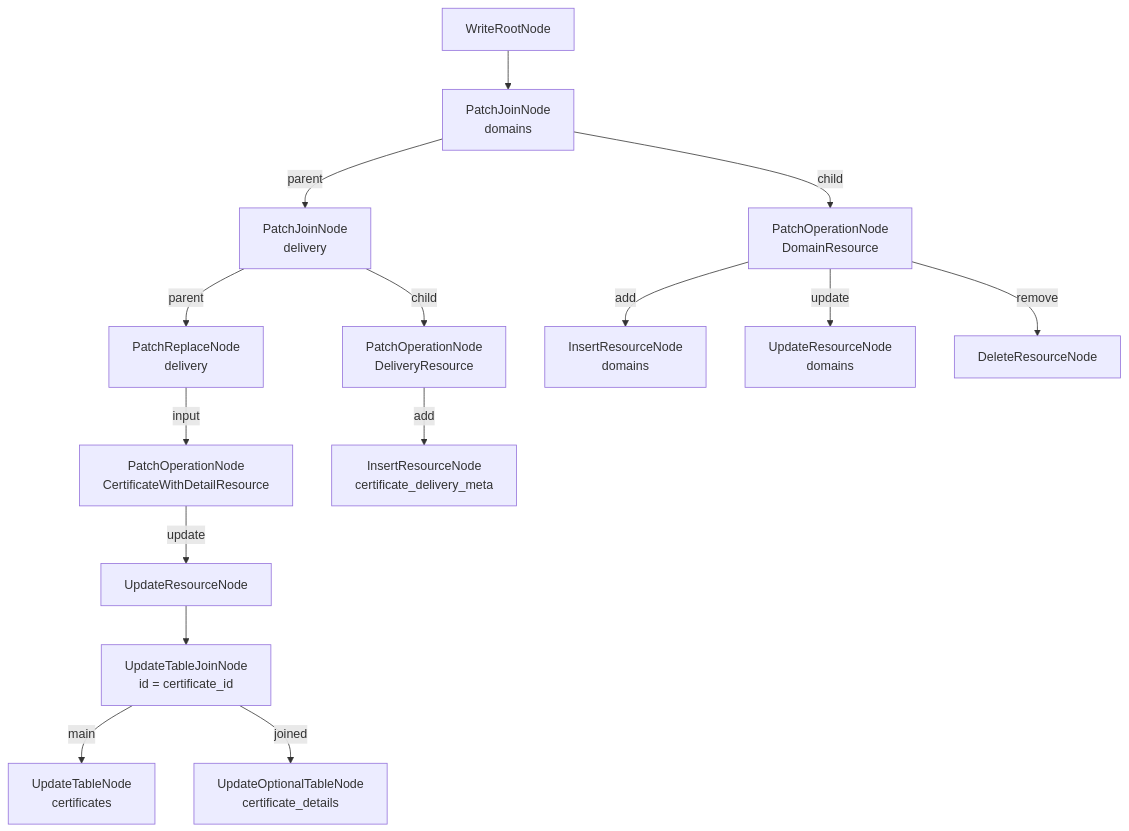
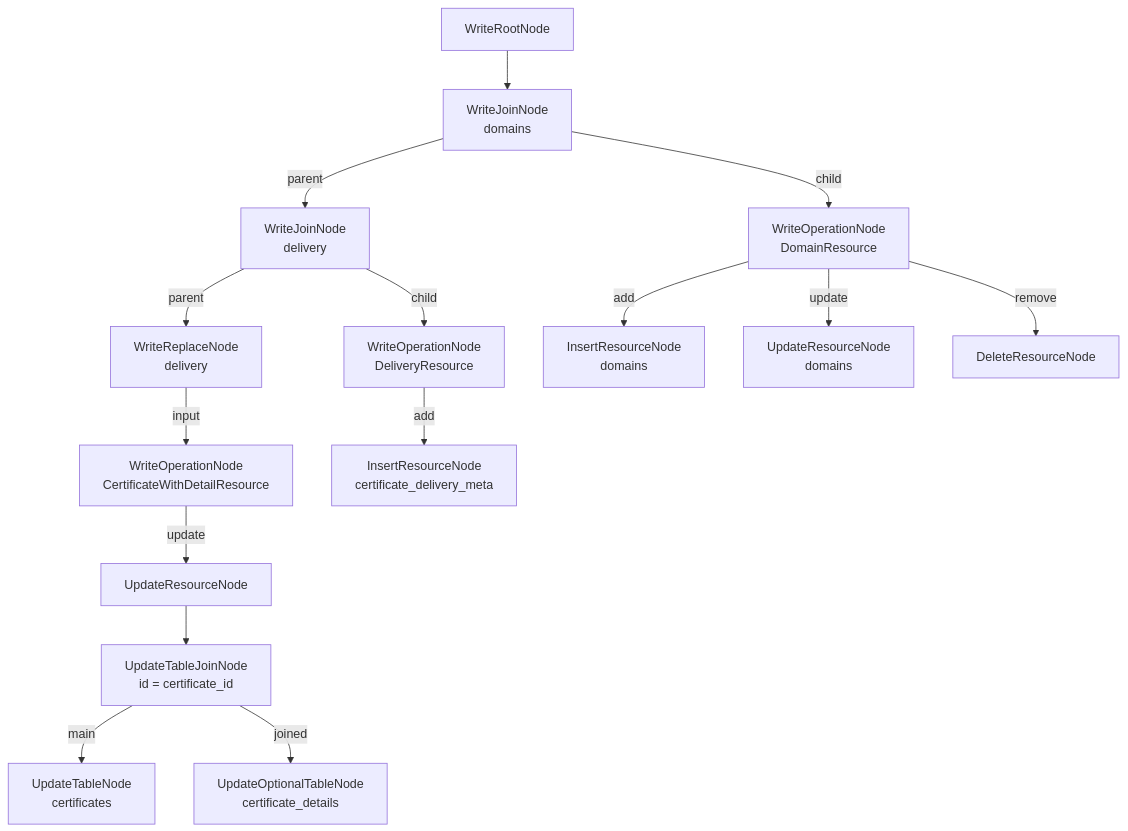
One commit to eduard-gr/jsonapi-engine changed the second of 3 diagrams in example/patch-document.md. Above: the diagram before and after it, drawn with Mermaid. The commit also changed other lines of this file and 73 other files, not shown here.

First line of the commit message:
move the write pipeline (POST/PATCH/DELETE) from the prototype to src

````diff
--- a/example/patch-document.md
+++ b/example/patch-document.md
@@ -340,17 +341,17 @@
 ```mermaid
 flowchart TD
-    R["WriteRootNode"] --> JD["PatchJoinNode<br/>domains"]
-    JD -->|parent| JV["PatchJoinNode<br/>delivery"]
-    JD -->|child| OD["PatchOperationNode<br/>DomainResource"]
-    JV -->|parent| RV["PatchReplaceNode<br/>delivery"]
-    RV -->|input| OC["PatchOperationNode<br/>CertificateWithDetailResource"]
-    JV -->|child| OV["PatchOperationNode<br/>DeliveryResource"]
+    R["WriteRootNode"] --> JD["WriteJoinNode<br/>domains"]
+    JD -->|parent| JV["WriteJoinNode<br/>delivery"]
+    JD -->|child| OD["WriteOperationNode<br/>DomainResource"]
+    JV -->|parent| RV["WriteReplaceNode<br/>delivery"]
+    RV -->|input| OC["WriteOperationNode<br/>CertificateWithDetailResource"]
+    JV -->|child| OV["WriteOperationNode<br/>DeliveryResource"]
     OC -->|update| UC["UpdateResourceNode"]
     UC --> TJ["UpdateTableJoinNode<br/>id = certificate_id"]
     TJ -->|main| T1["UpdateTableNode<br/>certificates"]
     TJ -->|joined| T2["UpdateOptionalTableNode<br/>certificate_details"]
     OV -->|add| IV["InsertResourceNode<br/>certificate_delivery_meta"]
     OD -->|add| ID["InsertResourceNode<br/>domains"]
     OD -->|update| UD["UpdateResourceNode<br/>domains"]
     OD -->|remove| DD["DeleteResourceNode"]
 ```
````
